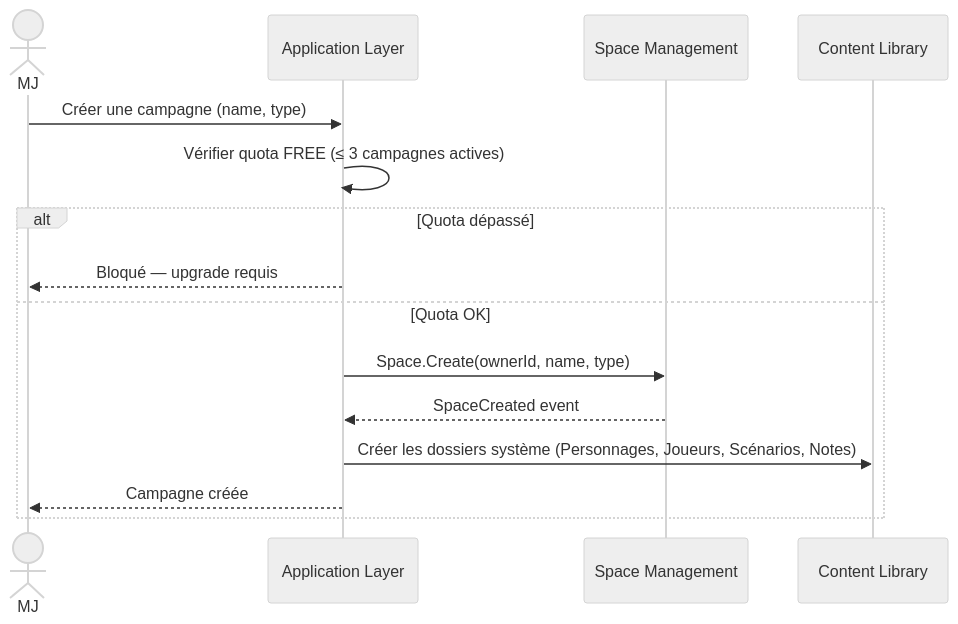
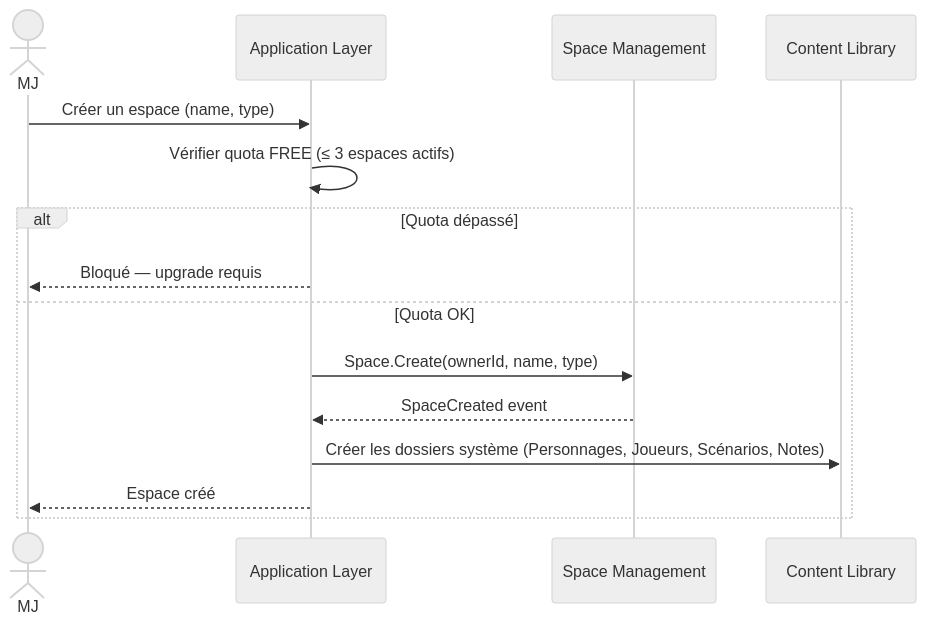
Before and after one commit to 2025-10-CDA-ECO-P6/PM-micro-saas: the first of 7 diagrams in docs/conception/domain/diagrams/flows/space-management.md, drawn with Mermaid (neutral theme). The commit also changed other lines of this file and 68 other files, not shown here.

````diff
--- a/docs/conception/domain/diagrams/flows/space-management.md
+++ b/docs/conception/domain/diagrams/flows/space-management.md
@@ -5,18 +5,18 @@
 ```mermaid
 sequenceDiagram
     actor MJ
     participant App as Application Layer
-    participant CM as Space Management
+    participant SM as Space Management
     participant CL as Content Library
 
-    MJ->>App: Créer une campagne (name, type)
-    App->>App: Vérifier quota FREE (≤ 3 campagnes actives)
+    MJ->>App: Créer un espace (name, type)
+    App->>App: Vérifier quota FREE (≤ 3 espaces actifs)
     alt Quota dépassé
         App-->>MJ: Bloqué — upgrade requis
     else Quota OK
-        App->>CM: Space.Create(ownerId, name, type)
-        CM-->>App: SpaceCreated event
+        App->>SM: Space.Create(ownerId, name, type)
+        SM-->>App: SpaceCreated event
         App->>CL: Créer les dossiers système (Personnages, Joueurs, Scénarios, Notes)
-        App-->>MJ: Campagne créée
+        App-->>MJ: Espace créé
     end
 ```
````
